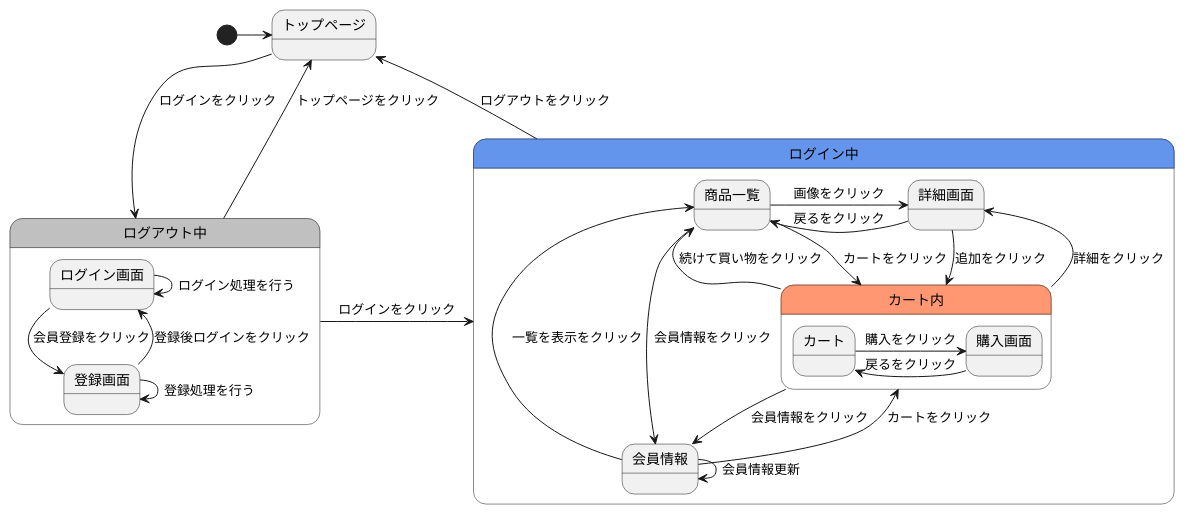
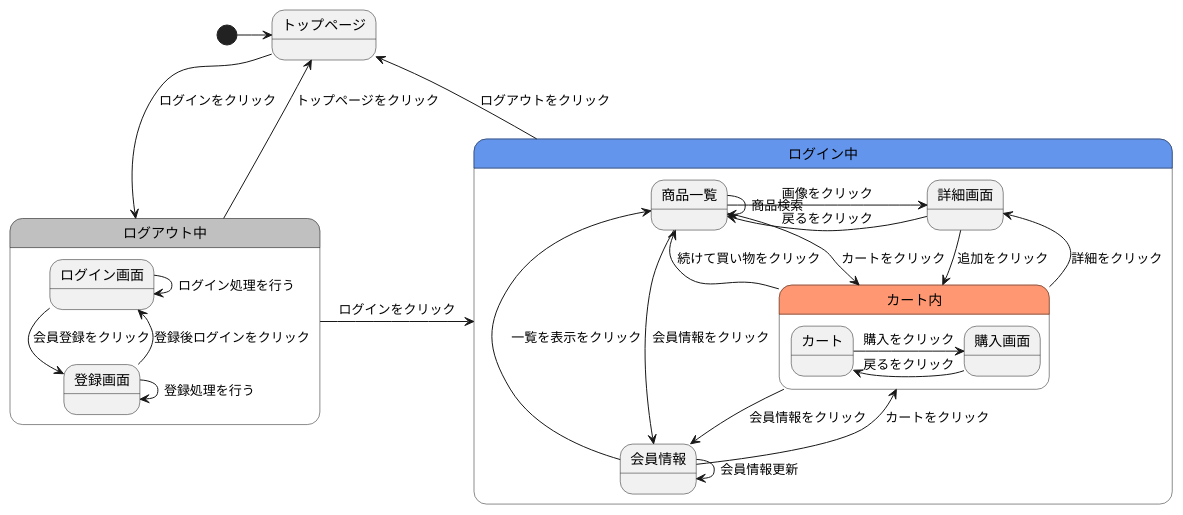
One commit to Aso2001409/2021sys-design changed the diagram in gamen2.md. Above: the diagram before and after it, drawn with PlantUML.

````diff
--- a/gamen2.md
+++ b/gamen2.md
@@ -1,32 +1,33 @@
 ```uml
 @startuml
 [*]->トップページ
 トップページ-->ログアウト中 :ログインをクリック
 ログアウト中->トップページ :トップページをクリック
 ログイン中->トップページ : ログアウトをクリック
 state ログアウト中 #C0C0C0{
   ログイン画面-->登録画面 :会員登録をクリック
   ログイン画面->ログイン画面 :ログイン処理を行う
   登録画面->登録画面 :登録処理を行う
   登録画面--> ログイン画面 :登録後ログインをクリック
 }
 ログアウト中->ログイン中 :ログインをクリック
 state ログイン中 #6495ED{
   商品一覧->詳細画面 :画像をクリック
   商品一覧-->カート内 :カートをクリック
   商品一覧->会員情報 :会員情報をクリック
+  商品一覧->商品一覧 :商品検索
   詳細画面->商品一覧 :戻るをクリック
   詳細画面-->カート内 :追加をクリック
   会員情報->商品一覧 :一覧を表示をクリック
   会員情報-->カート内 :カートをクリック
   会員情報->会員情報 :会員情報更新
   state カート内 #FF9872{
     カート->購入画面 :購入をクリック
     購入画面->カート :戻るをクリック
     }  
   カート内->商品一覧 :続けて買い物をクリック
   カート内->会員情報 :会員情報をクリック
   カート内->詳細画面 :詳細をクリック
   }
 @enduml
 ```
````
